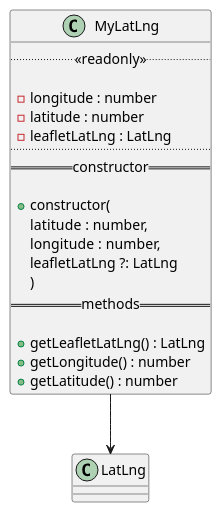
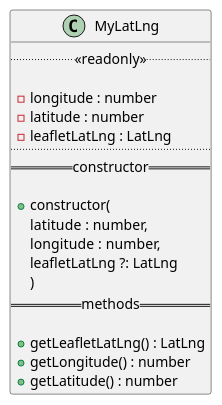
The diagram in docs/diagrams/classes/Place/MyLatLng.pu (GruppOne/stalker-web-app), drawn with PlantUML before and after one commit. The commit also changed 2 other files, not shown here.

Commit message:
feat: fix problem with leaflet package not showing LatLng

```diff
--- a/docs/diagrams/classes/Place/MyLatLng.pu
+++ b/docs/diagrams/classes/Place/MyLatLng.pu
@@ -1,24 +1,29 @@
 @startuml MyLatLng Diagram
 class MyLatLng {
   ..<<readonly>>..
 
   - longitude : number
   - latitude : number
   - leafletLatLng : LatLng
   ....
   ==constructor==
 
   + constructor(
     latitude : number,
     longitude : number,
     leafletLatLng ?: LatLng
     )
   ==methods==
 
   + getLeafletLatLng() : LatLng
   + getLongitude() : number
   + getLatitude() : number
 }
 
-MyLatLng --> LatLng
+/'
+' if you decomment this part it will no longer appear within the package
+' leaflet, this part has already been moved to the main file, it's here
+' just to remember it
+'/
+' MyLatLng --> LatLng
 @enduml
```
